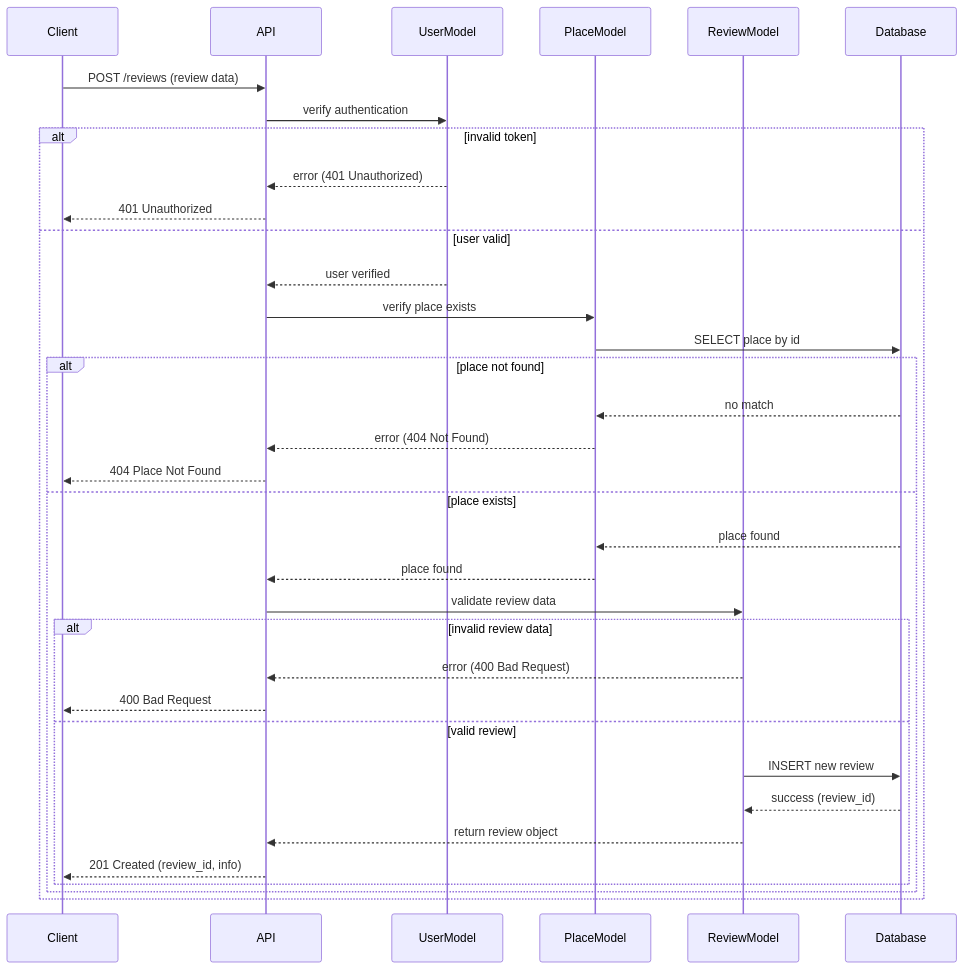
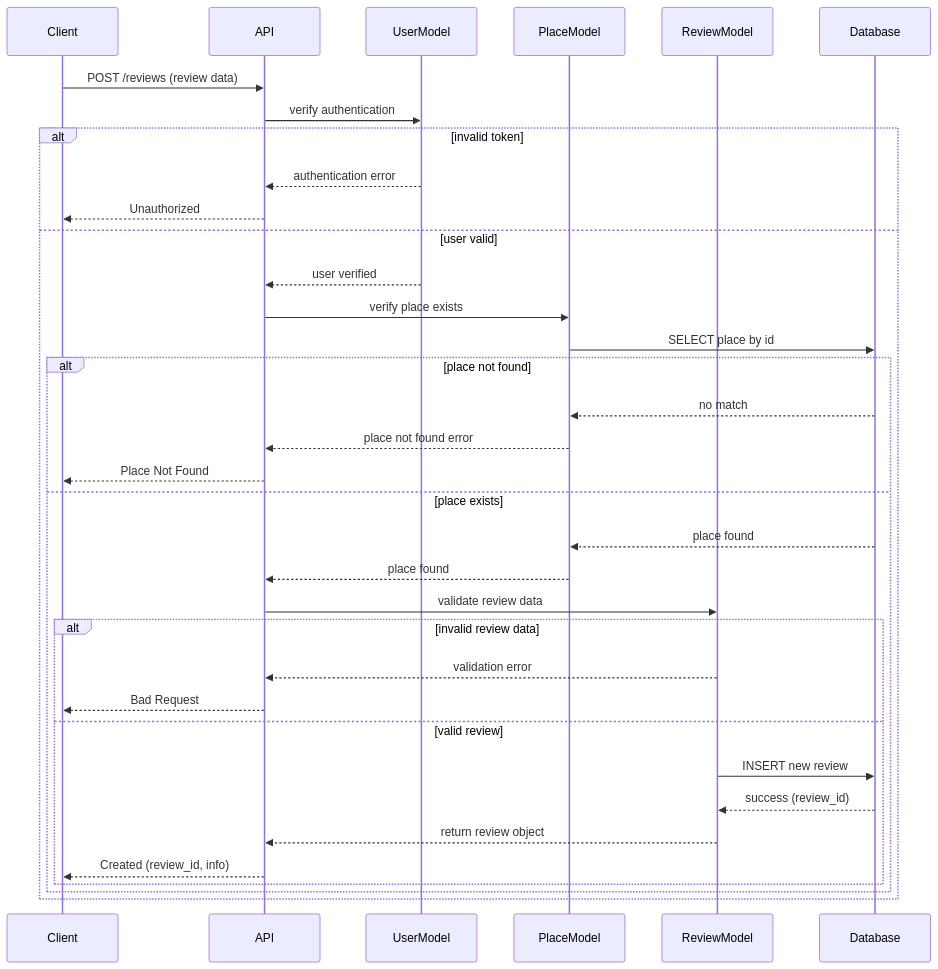
The diagram in part1/sequence_api_call_review.mmd (Krapaud/holbertonschool-hbnb), drawn with Mermaid before and after one commit. The commit also changed 42 other files, not shown here.

```diff
--- a/part1/sequence_api_call_review.mmd
+++ b/part1/sequence_api_call_review.mmd
@@ -1,36 +1,36 @@
 sequenceDiagram
   participant Client as Client
   participant API as API
   participant UserModel as UserModel
   participant PlaceModel as PlaceModel
   participant ReviewModel as ReviewModel
   participant Database as Database
 
   Client ->> API: POST /reviews (review data)
   API ->> UserModel: verify authentication
   alt invalid token
-    UserModel -->> API: error (401 Unauthorized)
-    API -->> Client: 401 Unauthorized
+    UserModel -->> API: authentication error
+    API -->> Client: Unauthorized
   else user valid
     UserModel -->> API: user verified
     API ->> PlaceModel: verify place exists
     PlaceModel ->> Database: SELECT place by id
     alt place not found
       Database -->> PlaceModel: no match
-      PlaceModel -->> API: error (404 Not Found)
-      API -->> Client: 404 Place Not Found
+      PlaceModel -->> API: place not found error
+      API -->> Client: Place Not Found
     else place exists
       Database -->> PlaceModel: place found
       PlaceModel -->> API: place found
       API ->> ReviewModel: validate review data
       alt invalid review data
-        ReviewModel -->> API: error (400 Bad Request)
-        API -->> Client: 400 Bad Request
+        ReviewModel -->> API: validation error
+        API -->> Client: Bad Request
       else valid review
         ReviewModel ->> Database: INSERT new review
         Database -->> ReviewModel: success (review_id)
         ReviewModel -->> API: return review object
-        API -->> Client: 201 Created (review_id, info)
+        API -->> Client: Created (review_id, info)
       end
     end
   end
```
